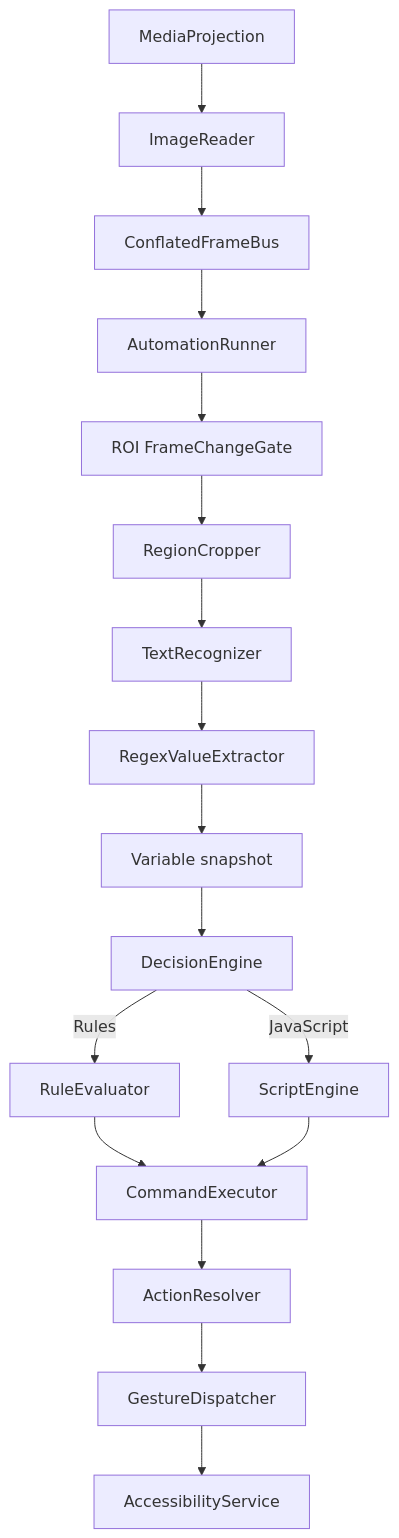
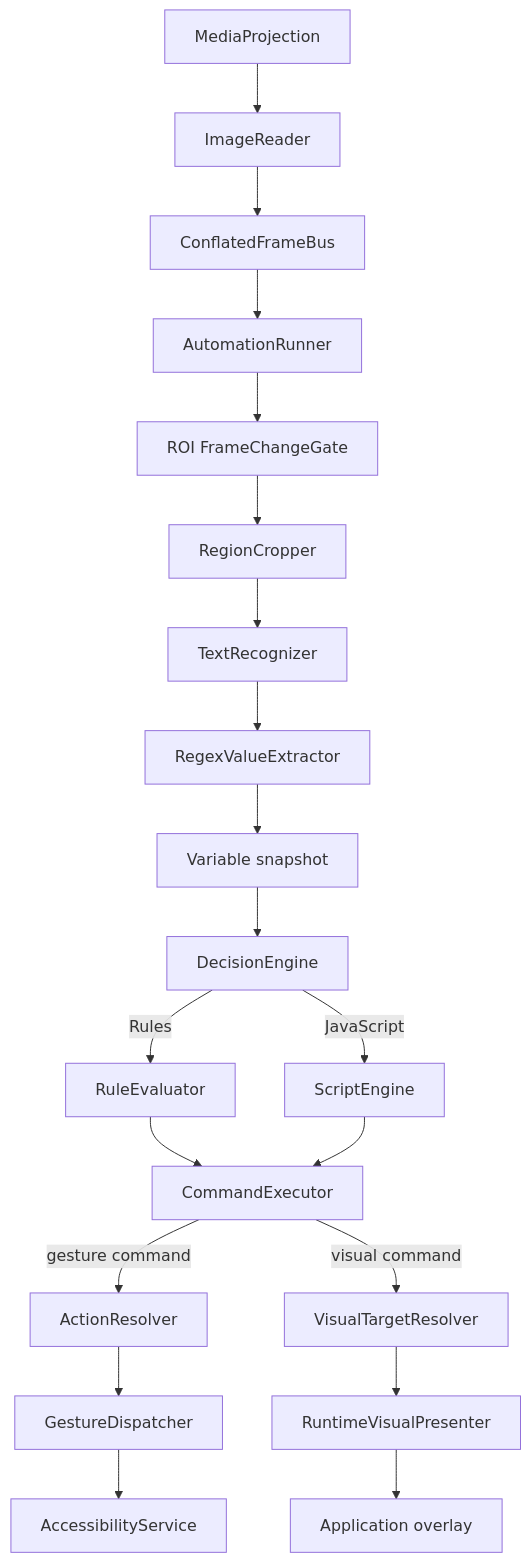
Before and after one commit to yurii-zadryhun/TapScript: the diagram in docs/ARCHITECTURE.md, drawn with Mermaid. The commit also changed other lines of this file, not shown here.

Commit message:
docs: document runtime visual architecture

````diff
--- a/docs/ARCHITECTURE.md
+++ b/docs/ARCHITECTURE.md
@@ -15,19 +15,22 @@
 ```mermaid
 flowchart TD
     MP[MediaProjection] --> IR[ImageReader]
     IR --> FB[ConflatedFrameBus]
     FB --> R[AutomationRunner]
     R --> CG[ROI FrameChangeGate]
     CG --> RC[RegionCropper]
     RC --> OCR[TextRecognizer]
     OCR --> EX[RegexValueExtractor]
     EX --> VS[Variable snapshot]
     VS --> DE[DecisionEngine]
     DE -->|Rules| RE[RuleEvaluator]
     DE -->|JavaScript| JS[ScriptEngine]
     RE --> CE[CommandExecutor]
     JS --> CE
-    CE --> AR[ActionResolver]
+    CE -->|gesture command| AR[ActionResolver]
     AR --> GD[GestureDispatcher]
     GD --> AS[AccessibilityService]
+    CE -->|visual command| VR[VisualTargetResolver]
+    VR --> VP[RuntimeVisualPresenter]
+    VP --> OW[Application overlay]
 ```
````
